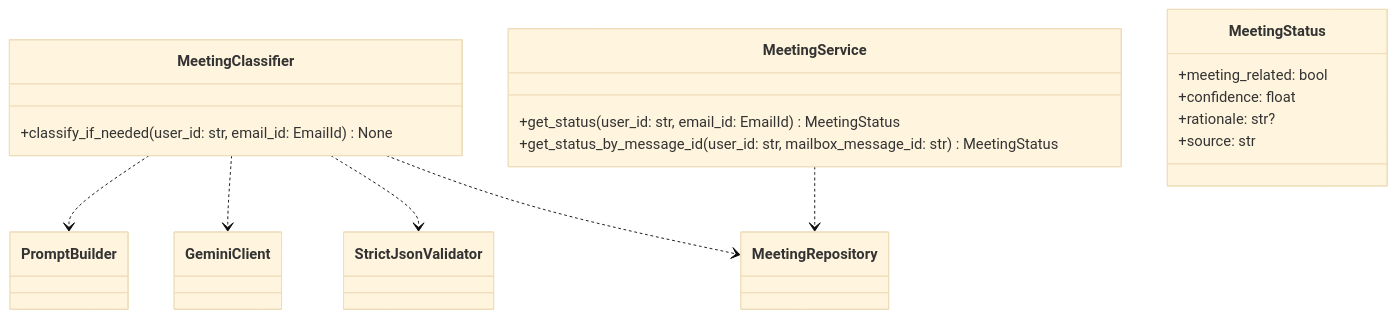
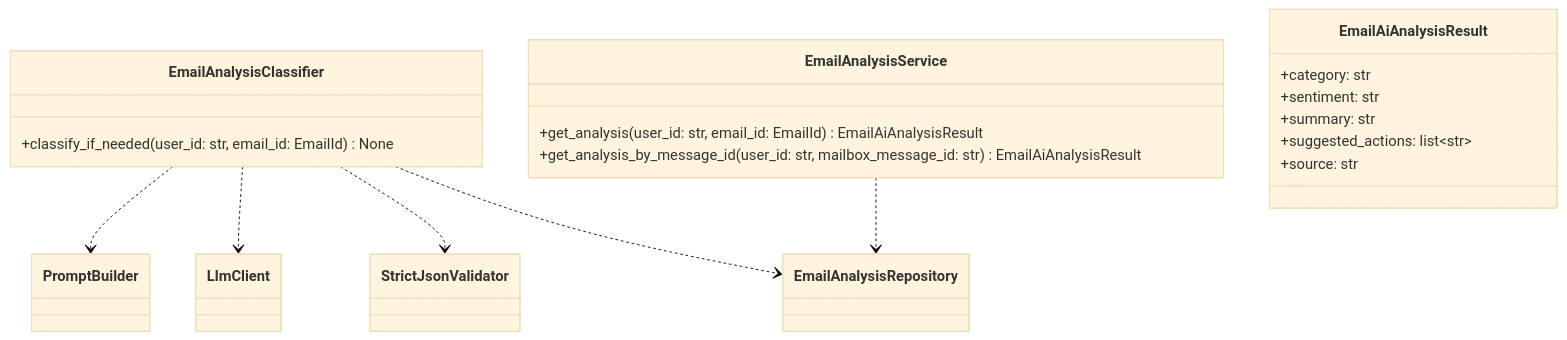
One commit to XunSong02/OutlookPlus changed diagram 14 of 20 in backend/backend_specification_Modules.md. Above: the diagram before and after it, drawn with Mermaid (base theme). The commit also changed other lines of this file and 159 other files, not shown here.

````diff
--- a/backend/backend_specification_Modules.md
+++ b/backend/backend_specification_Modules.md
@@ -997,21 +1053,22 @@
 ```mermaid
 classDiagram
-	class MeetingClassifier {
+	class EmailAnalysisClassifier {
 		+classify_if_needed(user_id: str, email_id: EmailId) None
 	}
-	class MeetingService {
-		+get_status(user_id: str, email_id: EmailId) MeetingStatus
-		+get_status_by_message_id(user_id: str, mailbox_message_id: str) MeetingStatus
+	class EmailAnalysisService {
+		+get_analysis(user_id: str, email_id: EmailId) EmailAiAnalysisResult
+		+get_analysis_by_message_id(user_id: str, mailbox_message_id: str) EmailAiAnalysisResult
 	}
-	class MeetingStatus {
-		+meeting_related: bool
-		+confidence: float
-		+rationale: str?
+	class EmailAiAnalysisResult {
+		+category: str
+		+sentiment: str
+		+summary: str
+		+suggested_actions: list~str~
 		+source: str
 	}
-	MeetingClassifier ..> PromptBuilder
-	MeetingClassifier ..> GeminiClient
-	MeetingClassifier ..> StrictJsonValidator
-	MeetingClassifier ..> MeetingRepository
-	MeetingService ..> MeetingRepository
+	EmailAnalysisClassifier ..> PromptBuilder
+	EmailAnalysisClassifier ..> LlmClient
+	EmailAnalysisClassifier ..> StrictJsonValidator
+	EmailAnalysisClassifier ..> EmailAnalysisRepository
+	EmailAnalysisService ..> EmailAnalysisRepository
 ```
````
